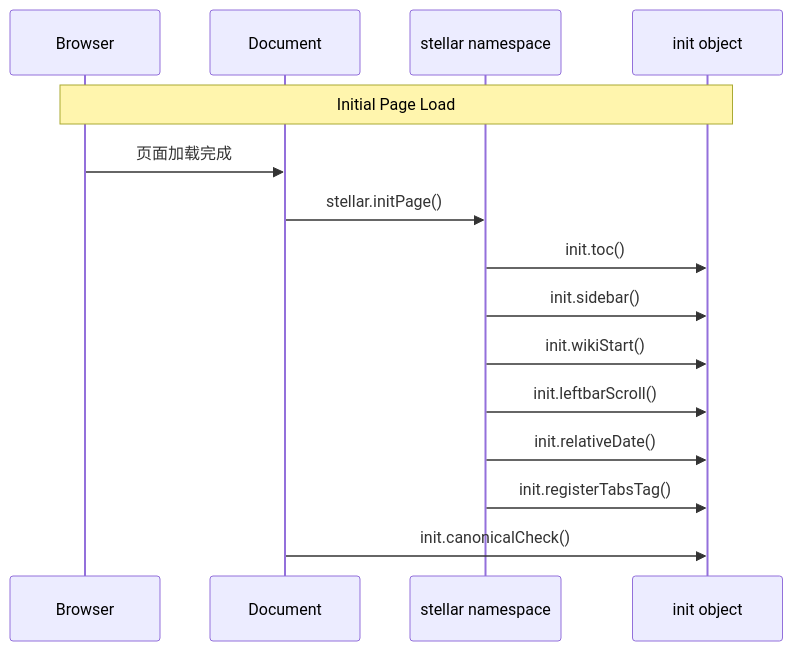
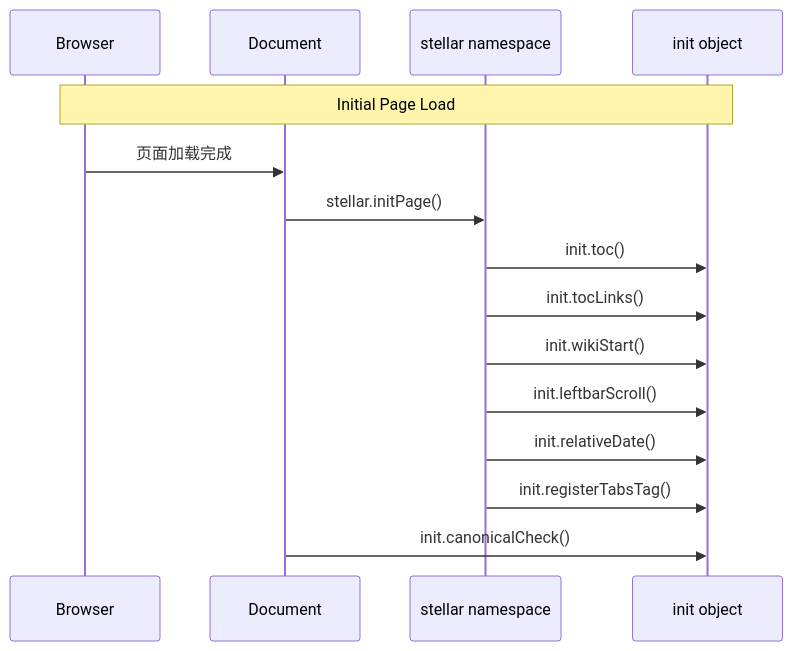
Before and after one commit to xaoxuu/hexo-theme-stellar: the fourth of 4 diagrams in docs/knowledge/05-前端交互/client-side-overview.md, drawn with Mermaid. The commit also changed other lines of this file and 287 other files, not shown here.

````diff
--- a/docs/knowledge/05-前端交互/client-side-overview.md
+++ b/docs/knowledge/05-前端交互/client-side-overview.md
@@ -330,18 +330,18 @@
 ```mermaid
 sequenceDiagram
     participant Browser
     participant Document
     participant stellar as stellar namespace
     participant init as init object
     
     Note over Browser,init: Initial Page Load
     Browser->>Document: 页面加载完成
     Document->>stellar: stellar.initPage()
     stellar->>init: init.toc()
-    stellar->>init: init.sidebar()
+    stellar->>init: init.tocLinks()
     stellar->>init: init.wikiStart()
     stellar->>init: init.leftbarScroll()
     stellar->>init: init.relativeDate()
     stellar->>init: init.registerTabsTag()
     Document->>init: init.canonicalCheck()
 ```
````
